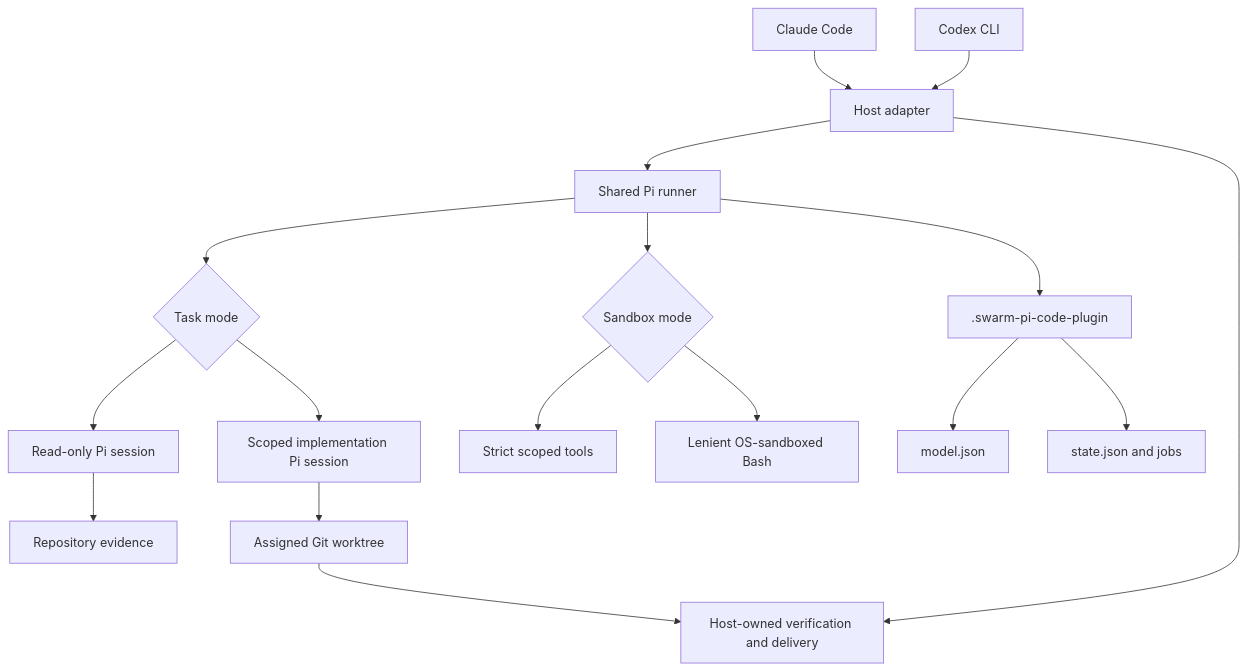
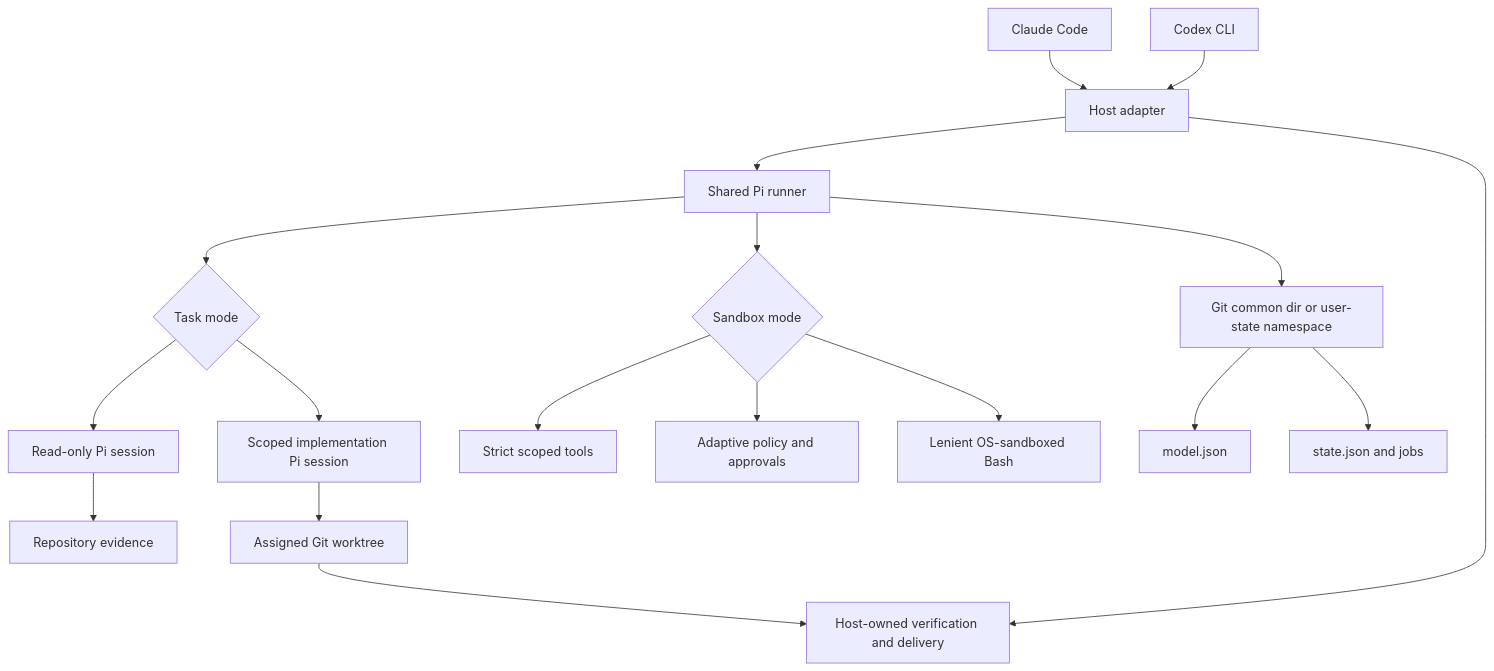
One commit to JiaWeiXie/swarm-pi-code-plugin changed the diagram in docs/architecture.md. Above: the diagram before and after it, drawn with Mermaid. The commit also changed other lines of this file and 99 other files, not shown here.

````diff
--- a/docs/architecture.md
+++ b/docs/architecture.md
@@ -11,19 +17,20 @@
 ```mermaid
 flowchart TB
     C[Claude Code] --> H[Host adapter]
     X[Codex CLI] --> H
     H --> R[Shared Pi runner]
     R --> Q{Task mode}
     Q --> O[Read-only Pi session]
     Q --> I[Scoped implementation Pi session]
     O --> F[Repository evidence]
     I --> W[Assigned Git worktree]
     R --> B{Sandbox mode}
     B --> T[Strict scoped tools]
+    B --> A[Adaptive policy and approvals]
     B --> L[Lenient OS-sandboxed Bash]
-    R --> D[.swarm-pi-code-plugin]
+    R --> D[Git common dir or user-state namespace]
     D --> M[model.json]
     D --> S[state.json and jobs]
     H --> V[Host-owned verification and delivery]
     W --> V
 ```
````
